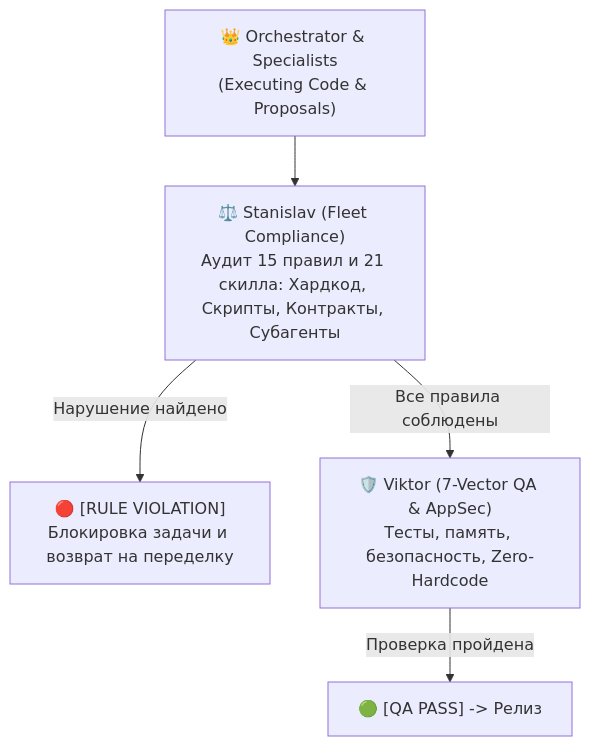
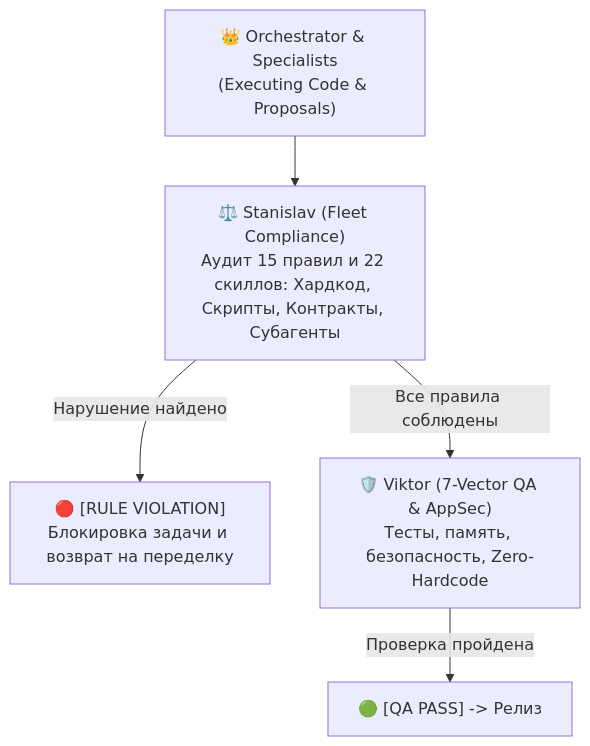
One commit to neon1301/hermes-mode-antigravity changed the diagram in skills/hermes/references/compliance-audit-standards.md. Above: the diagram before and after it, drawn with Mermaid. The commit also changed other lines of this file and 38 other files, not shown here.

````diff
--- a/skills/hermes/references/compliance-audit-standards.md
+++ b/skills/hermes/references/compliance-audit-standards.md
@@ -13,7 +13,7 @@
 ```mermaid
 flowchart TD
-    Lead["👑 Orchestrator & Specialists\n(Executing Code & Proposals)"] --> Auditor["⚖️ Stanislav (Fleet Compliance)\nАудит 15 правил и 21 скилла: Хардкод, Скрипты, Контракты, Субагенты"]
+    Lead["👑 Orchestrator & Specialists\n(Executing Code & Proposals)"] --> Auditor["⚖️ Stanislav (Fleet Compliance)\nАудит 15 правил и 22 скиллов: Хардкод, Скрипты, Контракты, Субагенты"]
     Auditor -->|Нарушение найдено| Reject["🔴 [RULE VIOLATION]\nБлокировка задачи и возврат на переделку"]
     Auditor -->|Все правила соблюдены| QA["🛡️ Viktor (7-Vector QA & AppSec)\nТесты, память, безопасность, Zero-Hardcode"]
     QA -->|Проверка пройдена| Pass["🟢 [QA PASS] -> Релиз"]
 ```
````
